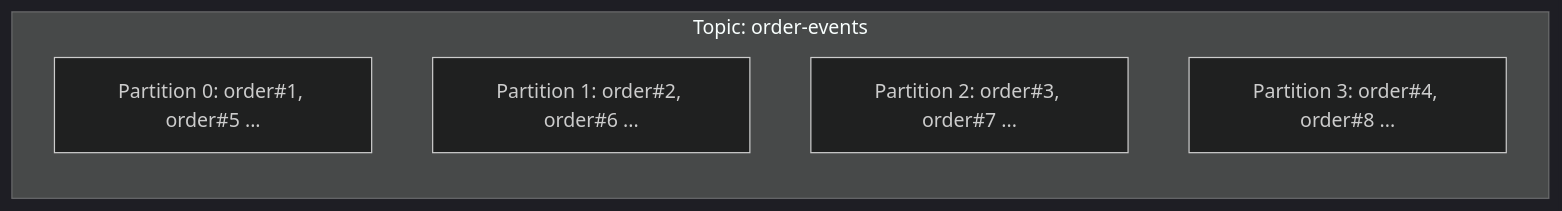
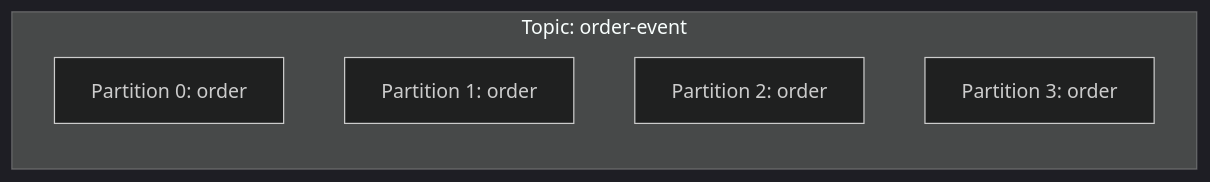
One commit to yjkim2015/yjkim2015.github.io changed the third of 17 diagrams in _posts/kafka/2026-05-01-kafka-fundamentals.md. Above: the diagram before and after it, drawn with Mermaid (dark theme). The commit also changed other lines of this file and 271 other files, not shown here.

First line of the commit message:
Mermaid 라벨 축소: 긴 노드 텍스트 18자 이하로 트림 + \n 제거

````diff
--- a/_posts/kafka/2026-05-01-kafka-fundamentals.md
+++ b/_posts/kafka/2026-05-01-kafka-fundamentals.md
@@ -82,9 +82,9 @@
 ```mermaid
 graph LR
-    subgraph topic["Topic: order-events"]
-        P0["Partition 0: order#1, order#5 ..."]
-        P1["Partition 1: order#2, order#6 ..."]
-        P2["Partition 2: order#3, order#7 ..."]
-        P3["Partition 3: order#4, order#8 ..."]
+    subgraph topic["Topic: order-event"]
+        P0["Partition 0: order"]
+        P1["Partition 1: order"]
+        P2["Partition 2: order"]
+        P3["Partition 3: order"]
     end
 ```
````
